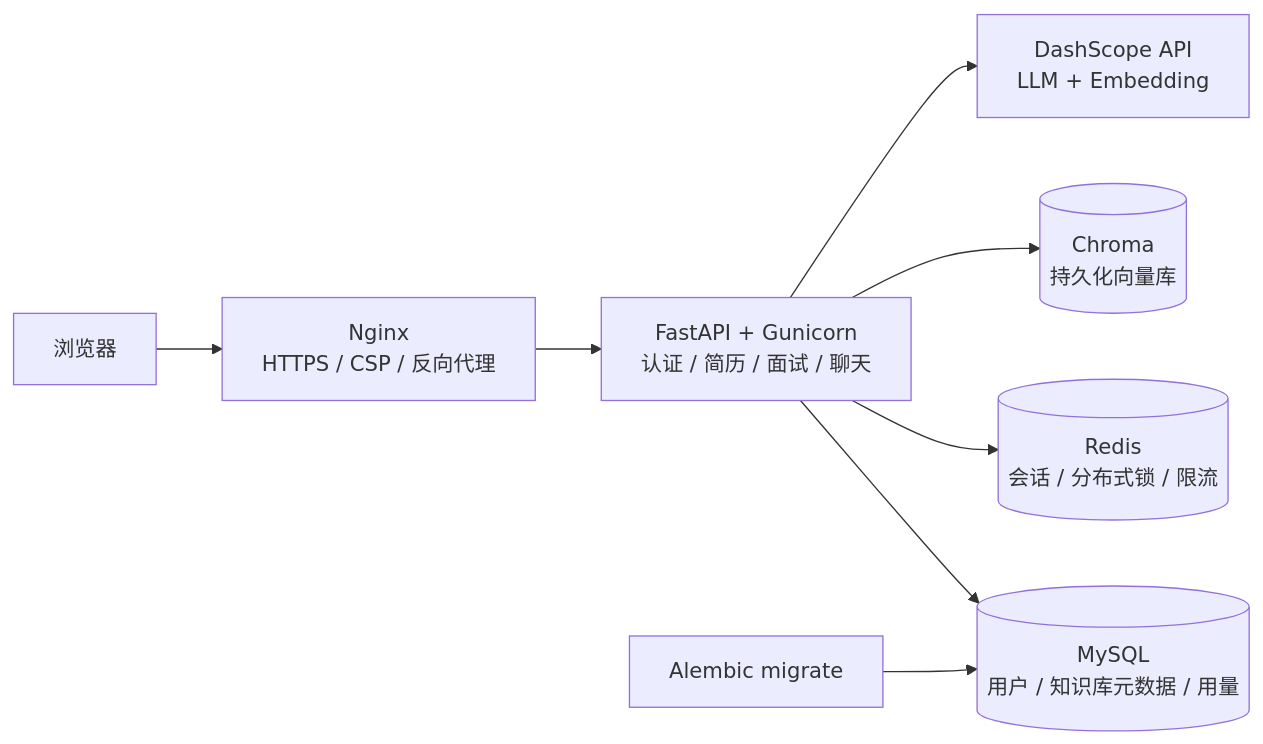
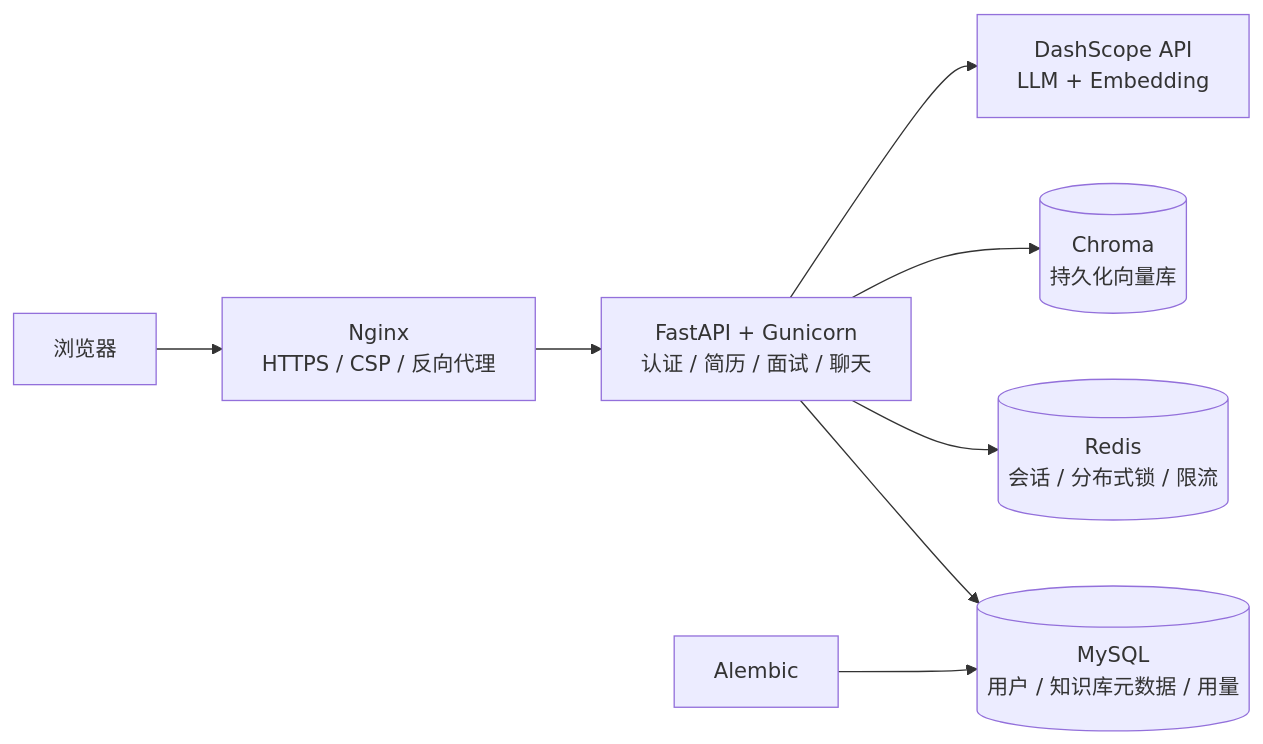
One commit to Cathy9112/career-coach changed the diagram in README.md. Above: the diagram before and after it, drawn with Mermaid. The commit also changed other lines of this file, not shown here.

````diff
--- a/README.md
+++ b/README.md
@@ -17,10 +18,10 @@
 ```mermaid
 flowchart LR
     Browser[浏览器] --> Nginx[Nginx\nHTTPS / CSP / 反向代理]
     Nginx --> App[FastAPI + Gunicorn\n认证 / 简历 / 面试 / 聊天]
     App --> MySQL[(MySQL\n用户 / 知识库元数据 / 用量)]
     App --> Redis[(Redis\n会话 / 分布式锁 / 限流)]
     App --> Chroma[(Chroma\n持久化向量库)]
     App --> DashScope[DashScope API\nLLM + Embedding]
-    Migrate[Alembic migrate] --> MySQL
+    Migrate[Alembic] --> MySQL
 ```
````
